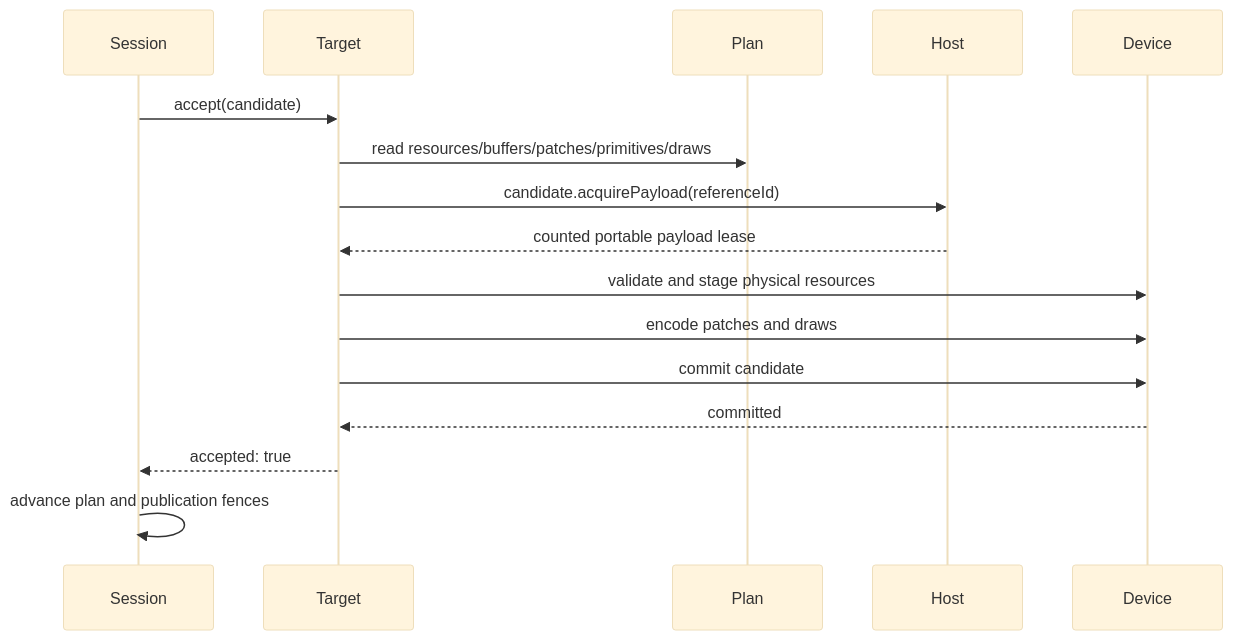
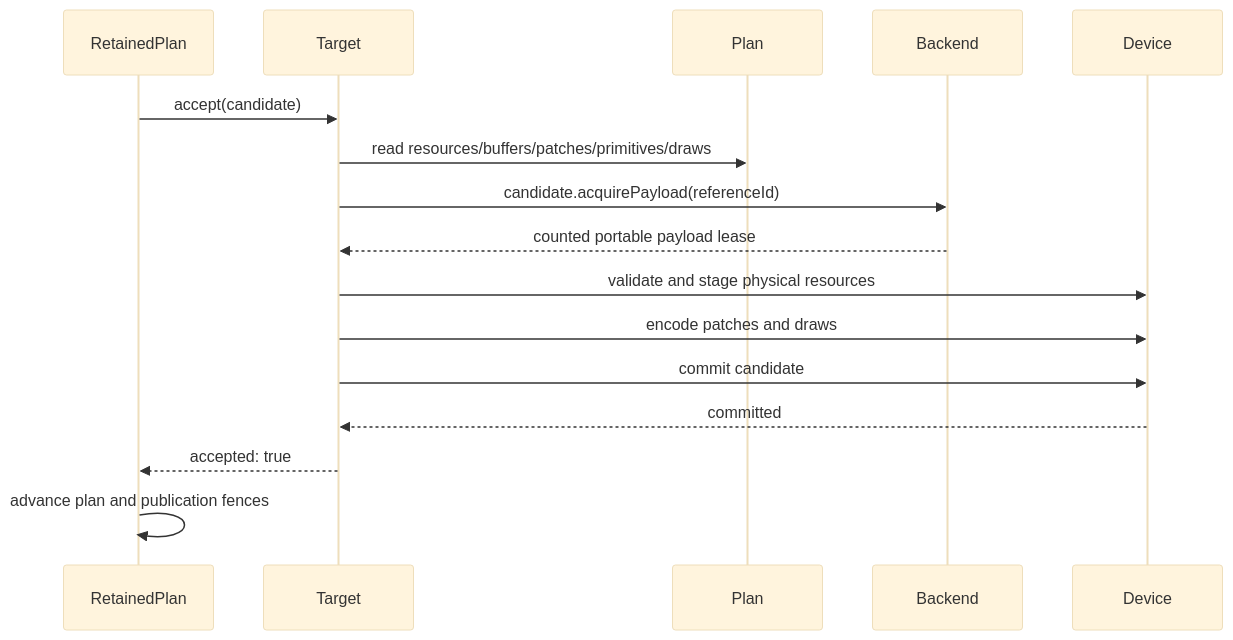
Before and after one commit to pmndrs/glyph: the second of 2 diagrams in docs/guides/technique-implementation-report.md, drawn with Mermaid (base theme). The commit also changed other lines of this file and 82 other files, not shown here.

````diff
--- a/docs/guides/technique-implementation-report.md
+++ b/docs/guides/technique-implementation-report.md
@@ -396,19 +396,19 @@
 ```mermaid
 sequenceDiagram
-  participant Session
+  participant RetainedPlan
   participant Target
   participant Plan
-  participant Host
+  participant Backend
   participant Device
 
-  Session->>Target: accept(candidate)
+  RetainedPlan->>Target: accept(candidate)
   Target->>Plan: read resources/buffers/patches/primitives/draws
-  Target->>Host: candidate.acquirePayload(referenceId)
-  Host-->>Target: counted portable payload lease
+  Target->>Backend: candidate.acquirePayload(referenceId)
+  Backend-->>Target: counted portable payload lease
   Target->>Device: validate and stage physical resources
   Target->>Device: encode patches and draws
   Target->>Device: commit candidate
   Device-->>Target: committed
-  Target-->>Session: accepted: true
-  Session->>Session: advance plan and publication fences
+  Target-->>RetainedPlan: accepted: true
+  RetainedPlan->>RetainedPlan: advance plan and publication fences
 ```
````
